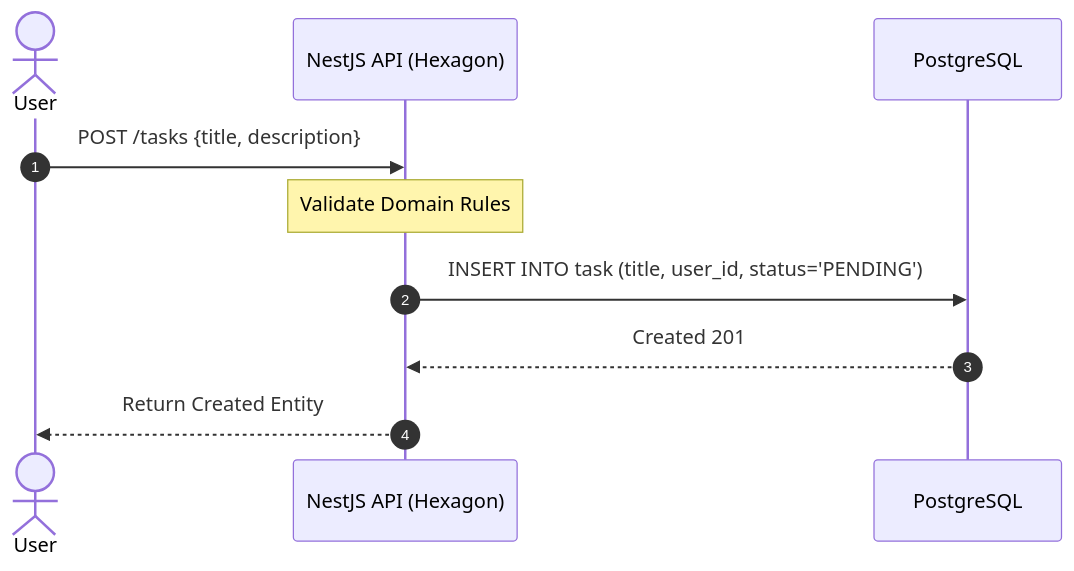
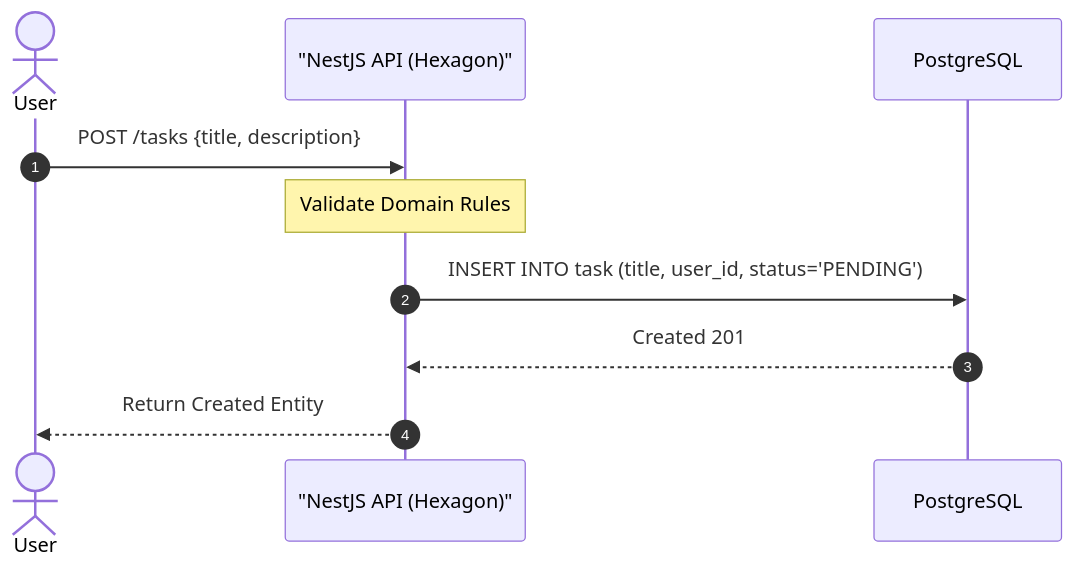
Before and after one commit to beyondnetcode/arc32_nodejs_progresive_monolith: the diagram in reference/knowledge/demo/functional/usecases/uc-02-create-todo-task.md, drawn with Mermaid. The commit also changed 47 other files, not shown here.

Commit message:
docs: enforce markdown and diagram standards

````diff
--- a/reference/knowledge/demo/functional/usecases/uc-02-create-todo-task.md
+++ b/reference/knowledge/demo/functional/usecases/uc-02-create-todo-task.md
@@ -16,13 +16,13 @@
 ```mermaid
 sequenceDiagram
  autonumber
  actor User as User
- participant API as NestJS API (Hexagon)
+ participant API as "NestJS API (Hexagon)"
  participant DB as PostgreSQL
 
  User->>API: POST /tasks {title, description}
  Note over API: Validate Domain Rules
  API->>DB: INSERT INTO task (title, user_id, status='PENDING')
  DB-->>API: Created 201
  API-->>User: Return Created Entity
 ```
````
